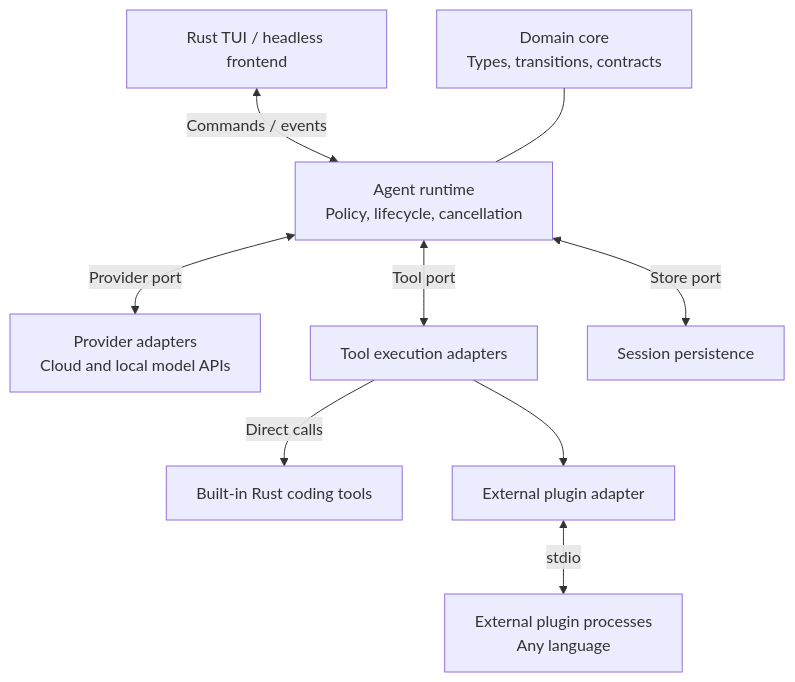
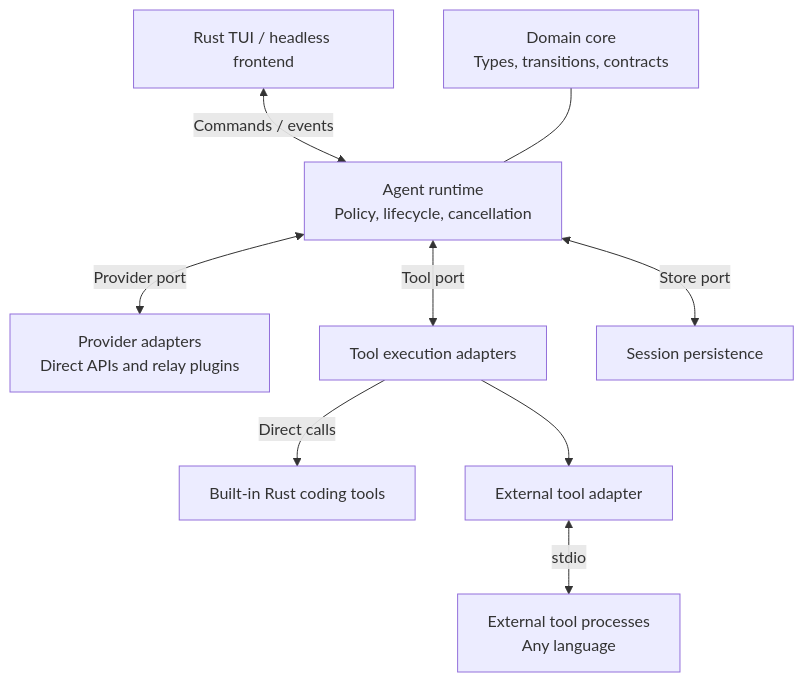
One commit to immane/nexus-agent changed the first of 2 diagrams in README.md. Above: the diagram before and after it, drawn with Mermaid. The commit also changed other lines of this file and 20 other files, not shown here.

````diff
--- a/README.md
+++ b/README.md
@@ -32,21 +33,21 @@
 ```mermaid
 flowchart TB
     Frontend["Rust TUI / headless frontend"]
     Core["Domain core<br/>Types, transitions, contracts"]
     Runtime["Agent runtime<br/>Policy, lifecycle, cancellation"]
-    Provider["Provider adapters<br/>Cloud and local model APIs"]
+    Provider["Provider adapters<br/>Direct APIs and relay plugins"]
     Tools["Tool execution adapters"]
     Store["Session persistence"]
     Builtin["Built-in Rust coding tools"]
-    Bridge["External plugin adapter"]
-    Plugins["External plugin processes<br/>Any language"]
+    Bridge["External tool adapter"]
+    Plugins["External tool processes<br/>Any language"]
 
     Frontend <-->|Commands / events| Runtime
     Core --- Runtime
     Runtime <-->|Provider port| Provider
     Runtime <-->|Tool port| Tools
     Runtime <-->|Store port| Store
     Tools -->|Direct calls| Builtin
     Tools --> Bridge
     Bridge <-->|stdio| Plugins
 ```
````
